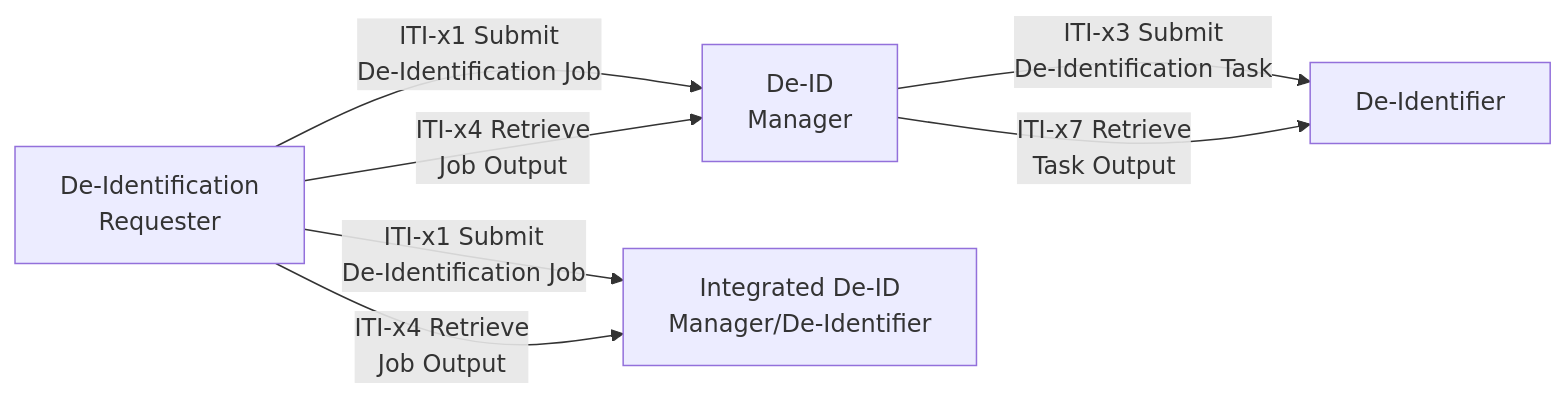
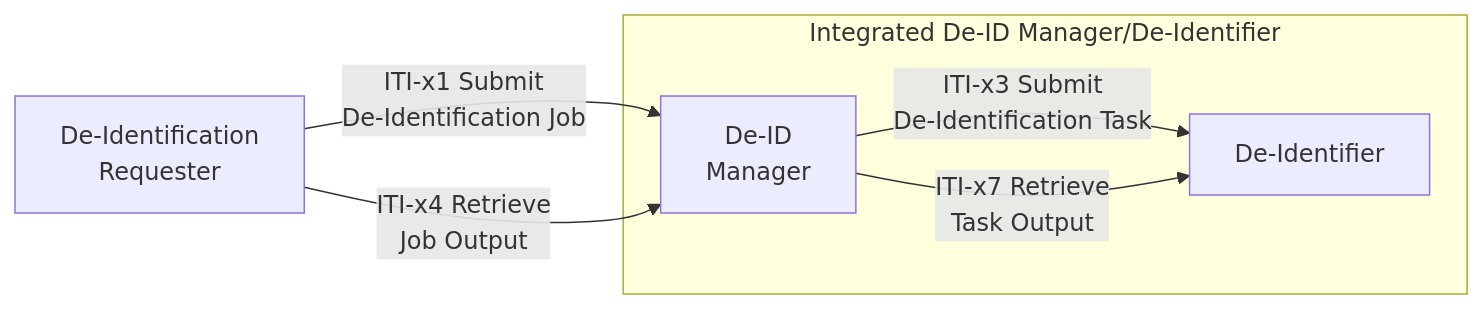
Before and after one commit to IHE/ITI.DIS: the first of 6 diagrams in input/pagecontent/volume-1.md, drawn with Mermaid. The commit also changed other lines of this file and 1 other file, not shown here.

First line of the commit message:
Optimize actor options: add DIS-BASE, DIS-IRREVERSIBLE, align tables and diagrams

````diff
--- a/input/pagecontent/volume-1.md
+++ b/input/pagecontent/volume-1.md
@@ -20,14 +20,14 @@
 ```mermaid
 graph LR
     REQ["De-Identification<br/>Requester"]
-    MGR["De-ID<br/>Manager"]
-    DI["De-Identifier"]
-    INT["Integrated De-ID<br/>Manager/De-Identifier"]
+
+    subgraph INT ["Integrated De-ID Manager/De-Identifier"]
+        MGR["De-ID<br/>Manager"]
+        DI["De-Identifier"]
+    end
 
     REQ -- "ITI-x1 Submit<br/>De-Identification Job" --> MGR
     REQ -- "ITI-x4 Retrieve<br/>Job Output" --> MGR
     MGR -- "ITI-x3 Submit<br/>De-Identification Task" --> DI
     MGR -- "ITI-x7 Retrieve<br/>Task Output" --> DI
-    REQ -- "ITI-x1 Submit<br/>De-Identification Job" --> INT
-    REQ -- "ITI-x4 Retrieve<br/>Job Output" --> INT
 ```
````
